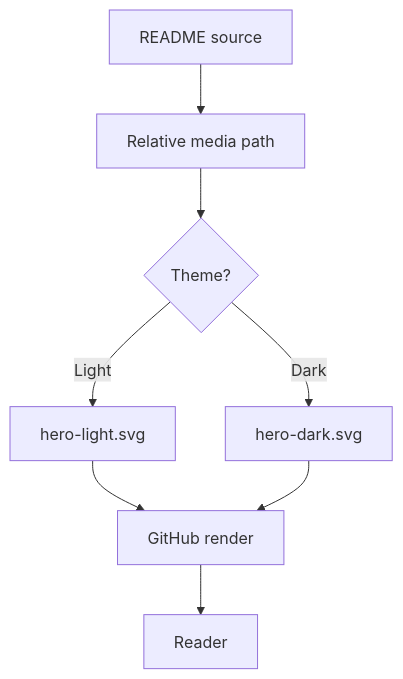
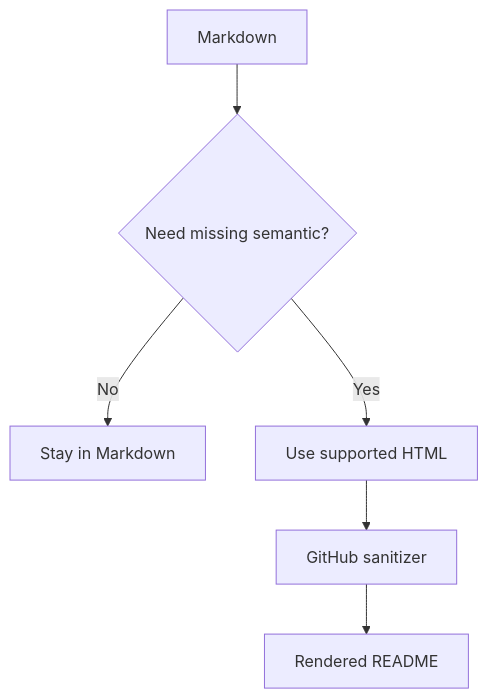
The second of 3 diagrams in README.md (thiepn/markdown), drawn with Mermaid before and after one commit. The commit also changed other lines of this file, not shown here.

Commit message:
docs: exhaust HTML hybrid and details interface system

````diff
--- a/README.md
+++ b/README.md
@@ -599,10 +836,8 @@
 ```mermaid
 flowchart TD
-    A[README source] --> B[Relative media path]
-    B --> C{Theme?}
-    C -- Light --> D[hero-light.svg]
-    C -- Dark --> E[hero-dark.svg]
-    D --> F[GitHub render]
-    E --> F
-    F --> G[Reader]
+    A[Markdown] --> B{Need missing semantic?}
+    B -- No --> C[Stay in Markdown]
+    B -- Yes --> D[Use supported HTML]
+    D --> E[GitHub sanitizer]
+    E --> F[Rendered README]
 ```
````
